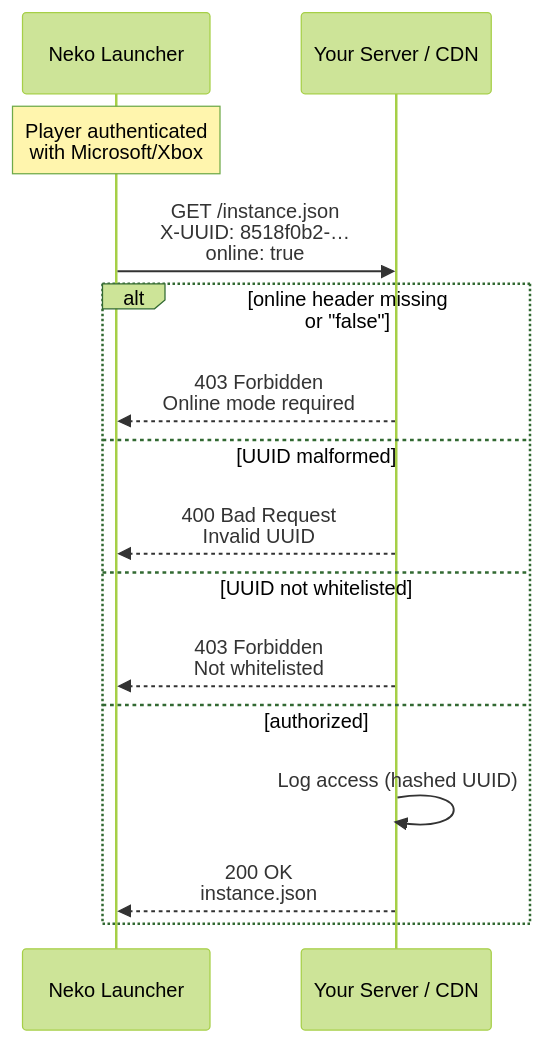
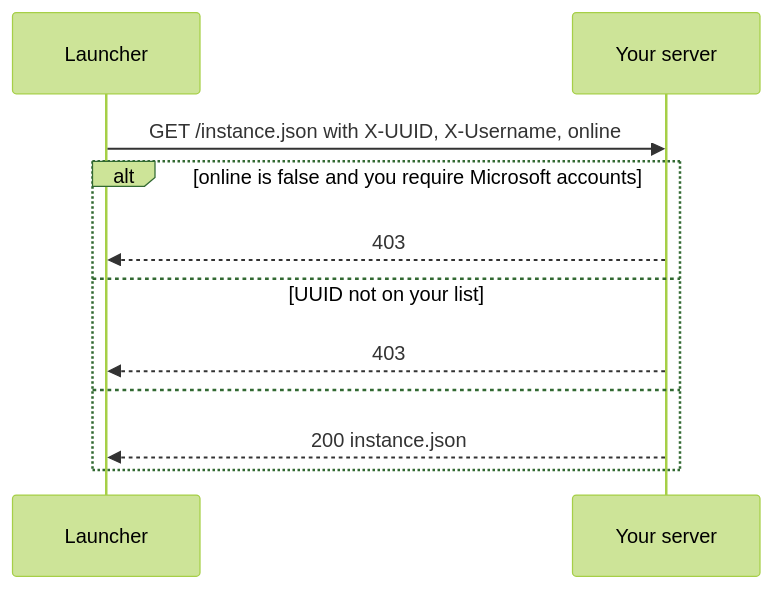
Before and after one commit to alice-magic/wiki: the diagram in en/neko-launcher/http-headers.md, drawn with Mermaid (forest theme). The commit also changed other lines of this file and 43 other files, not shown here.

````diff
--- a/en/neko-launcher/http-headers.md
+++ b/en/neko-launcher/http-headers.md
@@ -27,19 +23,13 @@
 ```mermaid
 sequenceDiagram
-    participant L as Neko Launcher
-    participant S as Your Server / CDN
-
-    Note over L: Player authenticated<br/>with Microsoft/Xbox
-    L->>S: GET /instance.json<br/>X-UUID: 8518f0b2-…<br/>online: true
-
-    alt online header missing or "false"
-        S-->>L: 403 Forbidden<br/>Online mode required
-    else UUID malformed
-        S-->>L: 400 Bad Request<br/>Invalid UUID
-    else UUID not whitelisted
-        S-->>L: 403 Forbidden<br/>Not whitelisted
-    else authorized
-        S->>S: Log access (hashed UUID)
-        S-->>L: 200 OK<br/>instance.json
+    participant L as Launcher
+    participant S as Your server
+    L->>S: GET /instance.json with X-UUID, X-Username, online
+    alt online is false and you require Microsoft accounts
+        S-->>L: 403
+    else UUID not on your list
+        S-->>L: 403
+    else
+        S-->>L: 200 instance.json
     end
 ```
````
